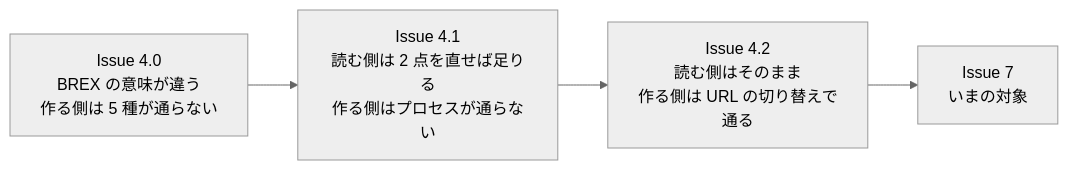
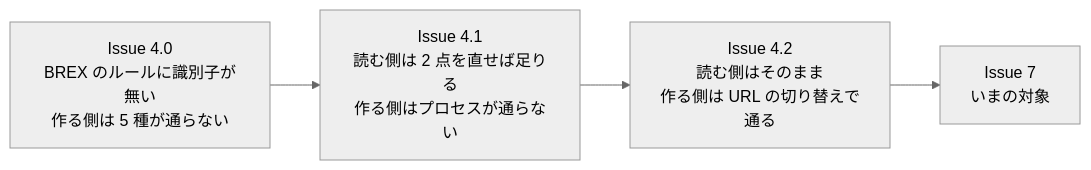
Before and after one commit to shuji-bonji/s1000d-stack: the diagram in docs/notes/issue-4.0-4.1-survey.md, drawn with Mermaid (neutral theme). The commit also changed other lines of this file and 3 other files, not shown here.

First line of the commit message:
docs: Issue 4.0 の BREX についての誤りを訂正し、XSD のフォルダーを利用者が設定で選ぶ決定を記録しました（#25 #27 #28）

````diff
--- a/docs/notes/issue-4.0-4.1-survey.md
+++ b/docs/notes/issue-4.0-4.1-survey.md
@@ -20,4 +23,4 @@
 ```mermaid
 flowchart LR
-  A["Issue 4.0<br/>BREX の意味が違う<br/>作る側は 5 種が通らない"] --> B["Issue 4.1<br/>読む側は 2 点を直せば足りる<br/>作る側はプロセスが通らない"] --> C["Issue 4.2<br/>読む側はそのまま<br/>作る側は URL の切り替えで通る"] --> D["Issue 7<br/>いまの対象"]
+  A["Issue 4.0<br/>BREX のルールに識別子が無い<br/>作る側は 5 種が通らない"] --> B["Issue 4.1<br/>読む側は 2 点を直せば足りる<br/>作る側はプロセスが通らない"] --> C["Issue 4.2<br/>読む側はそのまま<br/>作る側は URL の切り替えで通る"] --> D["Issue 7<br/>いまの対象"]
 ```
````
